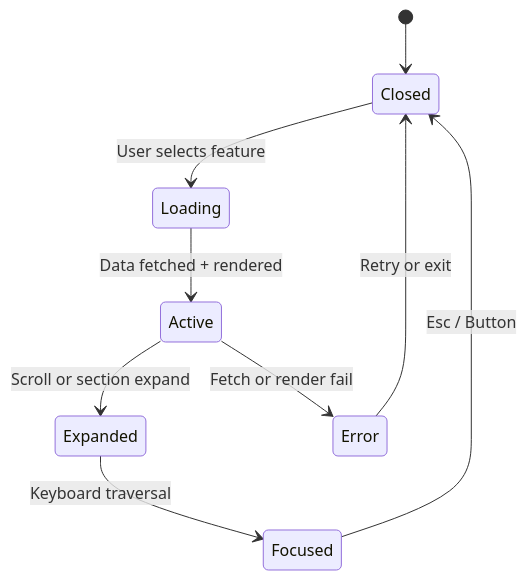
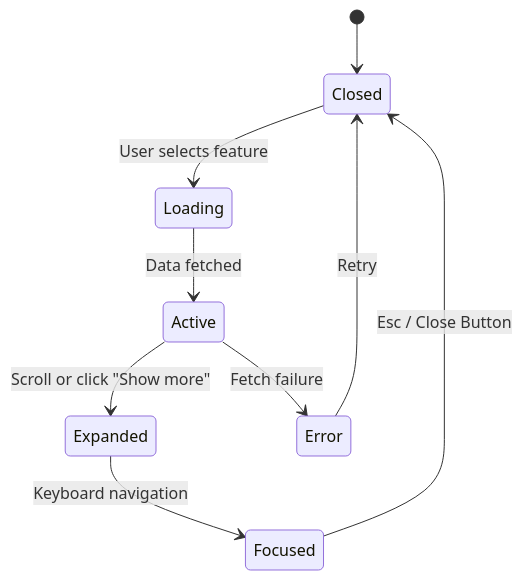
One commit to bartytime4life/Kansas-Frontier-Matrix changed the second of 2 diagrams in docs/design/reviews/ui_components/detail_panel.md. Above: the diagram before and after it, drawn with Mermaid. The commit also changed other lines of this file, not shown here.

````diff
--- a/docs/design/reviews/ui_components/detail_panel.md
+++ b/docs/design/reviews/ui_components/detail_panel.md
@@ -137,11 +136,11 @@
 ```mermaid
 stateDiagram-v2
   [*] --> Closed
   Closed --> Loading : User selects feature
-  Loading --> Active : Data fetched + rendered
-  Active --> Expanded : Scroll or section expand
-  Expanded --> Focused : Keyboard traversal
-  Focused --> Closed : Esc / Button
-  Active --> Error : Fetch or render fail
-  Error --> Closed : Retry or exit
+  Loading --> Active : Data fetched
+  Active --> Expanded : Scroll or click "Show more"
+  Expanded --> Focused : Keyboard navigation
+  Focused --> Closed : Esc / Close Button
+  Active --> Error : Fetch failure
+  Error --> Closed : Retry
 ```
````
